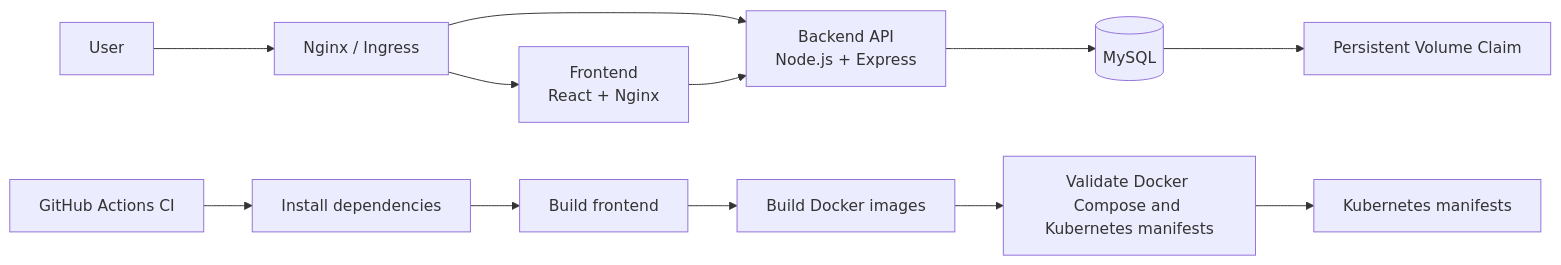
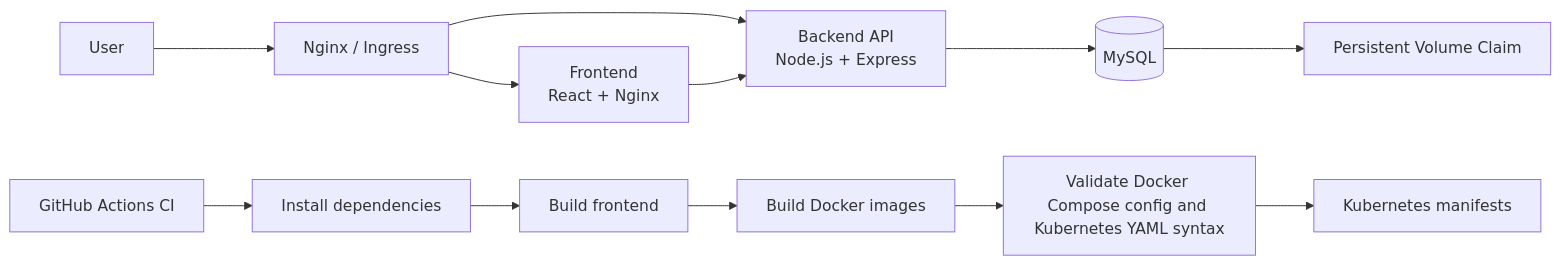
The diagram in README.md (rest72611-lang/resilient-fullstack-k8s), drawn with Mermaid before and after one commit. The commit also changed other lines of this file and 2 other files, not shown here.

Commit message:
Fix CI Kubernetes manifest validation

````diff
--- a/README.md
+++ b/README.md
@@ -11,15 +11,15 @@
 ```mermaid
 flowchart LR
     user[User] --> entry[Nginx / Ingress]
     entry --> frontend[Frontend<br/>React + Nginx]
     entry --> backend[Backend API<br/>Node.js + Express]
     frontend --> backend
     backend --> mysql[(MySQL)]
     mysql --> pvc[Persistent Volume Claim]
 
     ci[GitHub Actions CI] --> deps[Install dependencies]
     deps --> appBuild[Build frontend]
     appBuild --> dockerBuild[Build Docker images]
-    dockerBuild --> yamlCheck[Validate Docker Compose and Kubernetes manifests]
+    dockerBuild --> yamlCheck[Validate Docker Compose config and Kubernetes YAML syntax]
     yamlCheck --> manifests[Kubernetes manifests]
 ```
````
